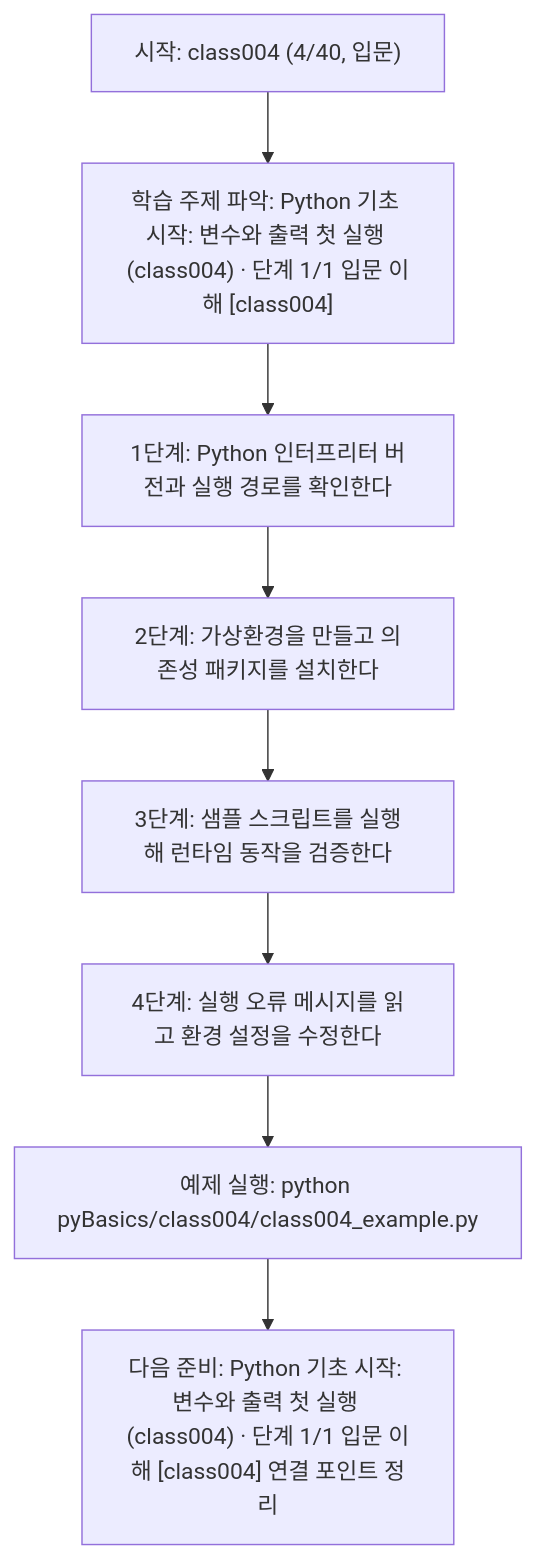
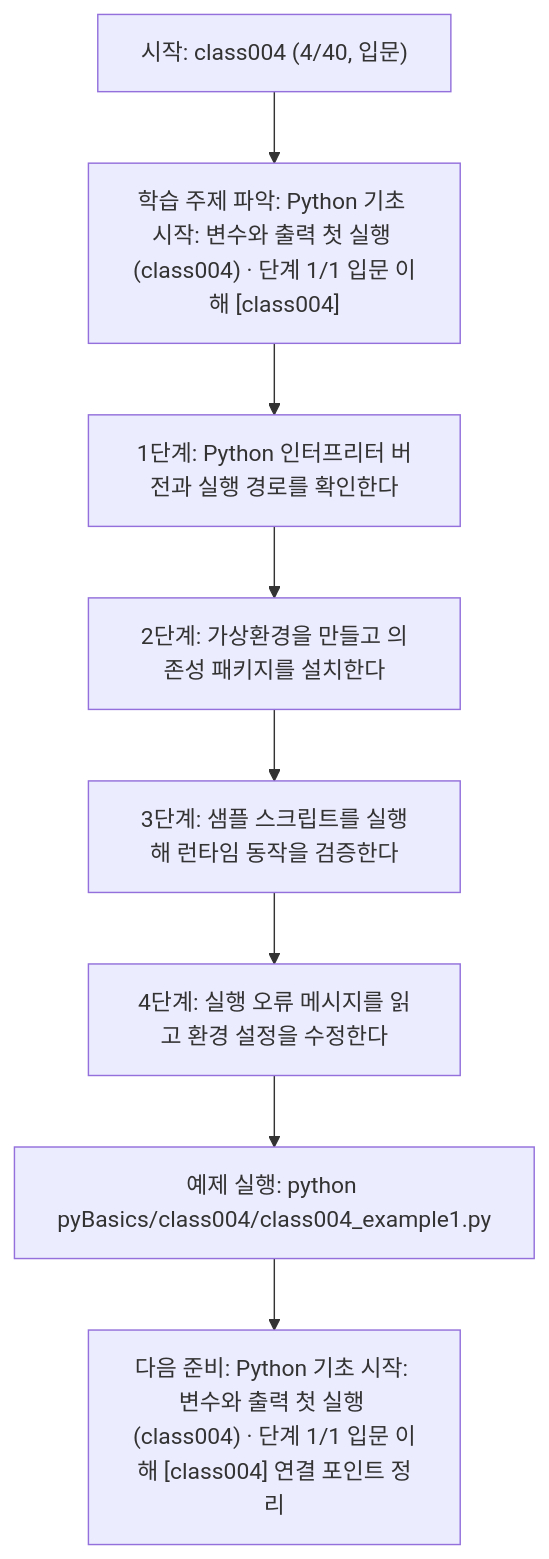
Before and after one commit to edumgt/Python-AI_Agent-Class: the diagram in pyBasics/class004/class004.md, drawn with Mermaid. The commit also changed other lines of this file and 2959 other files, not shown here.

````diff
--- a/pyBasics/class004/class004.md
+++ b/pyBasics/class004/class004.md
@@ -110,18 +110,18 @@
 ```mermaid
 flowchart TD
 N1["시작: class004 (4/40, 입문)"]
 N2["학습 주제 파악: Python 기초 시작: 변수와 출력 첫 실행 (class004) · 단계 1/1 입문 이해 [class004]"]
 N3["1단계: Python 인터프리터 버전과 실행 경로를 확인한다"]
 N4["2단계: 가상환경을 만들고 의존성 패키지를 설치한다"]
 N5["3단계: 샘플 스크립트를 실행해 런타임 동작을 검증한다"]
 N6["4단계: 실행 오류 메시지를 읽고 환경 설정을 수정한다"]
-N7["예제 실행: python pyBasics/class004/class004_example.py"]
+N7["예제 실행: python pyBasics/class004/class004_example1.py"]
 N8["다음 준비: Python 기초 시작: 변수와 출력 첫 실행 (class004) · 단계 1/1 입문 이해 [class004] 연결 포인트 정리"]
 N1 --> N2
 N2 --> N3
 N3 --> N4
 N4 --> N5
 N5 --> N6
 N6 --> N7
 N7 --> N8
 ```
````
